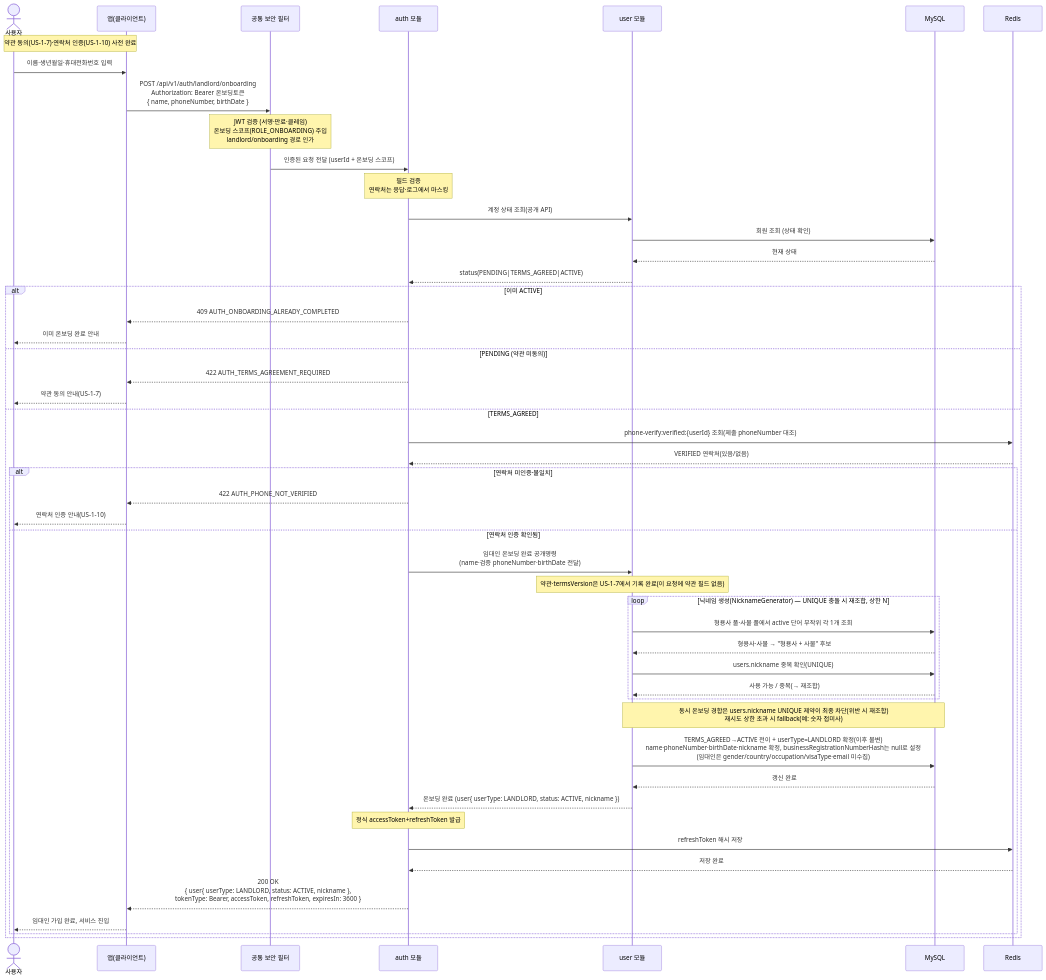
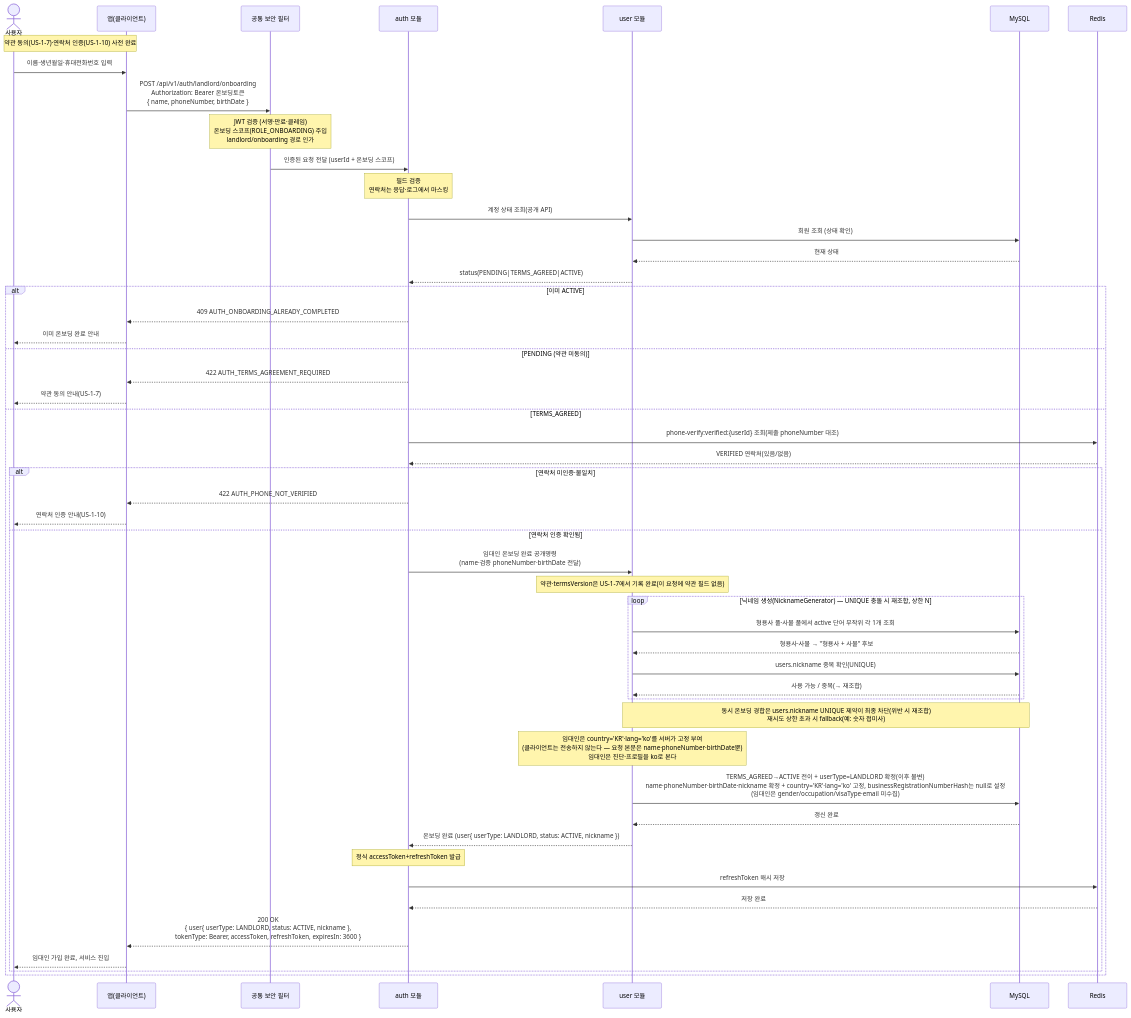
Before and after one commit to jameskim9509/Kohere-backend: the diagram in docs/architecture/sequence-diagrams/01-auth-onboarding/us-1-9-landlord-onboarding.md, drawn with Mermaid. The commit also changed other lines of this file and 27 other files, not shown here.

First line of the commit message:
docs(user): 표시 언어를 사용자 선택(users.lang) 기준으로 개정

````diff
--- a/docs/architecture/sequence-diagrams/01-auth-onboarding/us-1-9-landlord-onboarding.md
+++ b/docs/architecture/sequence-diagrams/01-auth-onboarding/us-1-9-landlord-onboarding.md
@@ -7,53 +7,54 @@
 ```mermaid
 sequenceDiagram
     actor U as 사용자
     participant C as 앱(클라이언트)
     participant SEC as 공통 보안 필터
     participant AUTH as auth 모듈
     participant USER as user 모듈
     participant SQL as MySQL
     participant RDS as Redis
 
     Note over U,C: 약관 동의(US-1-7)·연락처 인증(US-1-10) 사전 완료
     U->>C: 이름·생년월일·휴대전화번호 입력
     C->>SEC: POST /api/v1/auth/landlord/onboarding<br/>Authorization: Bearer 온보딩토큰<br/>{ name, phoneNumber, birthDate }
     Note over SEC: JWT 검증 (서명·만료·클레임)<br/>온보딩 스코프(ROLE_ONBOARDING) 주입<br/>landlord/onboarding 경로 인가
     SEC->>AUTH: 인증된 요청 전달 (userId + 온보딩 스코프)
     Note over AUTH: 필드 검증<br/>연락처는 응답·로그에서 마스킹
     AUTH->>USER: 계정 상태 조회(공개 API)
     USER->>SQL: 회원 조회 (상태 확인)
     SQL-->>USER: 현재 상태
     USER-->>AUTH: status(PENDING|TERMS_AGREED|ACTIVE)
     alt 이미 ACTIVE
         AUTH-->>C: 409 AUTH_ONBOARDING_ALREADY_COMPLETED
         C-->>U: 이미 온보딩 완료 안내
     else PENDING (약관 미동의)
         AUTH-->>C: 422 AUTH_TERMS_AGREEMENT_REQUIRED
         C-->>U: 약관 동의 안내(US-1-7)
     else TERMS_AGREED
         AUTH->>RDS: phone-verify:verified:{userId} 조회(제출 phoneNumber 대조)
         RDS-->>AUTH: VERIFIED 연락처(있음/없음)
         alt 연락처 미인증·불일치
             AUTH-->>C: 422 AUTH_PHONE_NOT_VERIFIED
             C-->>U: 연락처 인증 안내(US-1-10)
         else 연락처 인증 확인됨
             AUTH->>USER: 임대인 온보딩 완료 공개명령<br/>(name·검증 phoneNumber·birthDate 전달)
             Note over USER: 약관·termsVersion은 US-1-7에서 기록 완료(이 요청에 약관 필드 없음)
             loop 닉네임 생성(NicknameGenerator) — UNIQUE 충돌 시 재조합, 상한 N
                 USER->>SQL: 형용사 풀·사물 풀에서 active 단어 무작위 각 1개 조회
                 SQL-->>USER: 형용사·사물 → "형용사 + 사물" 후보
                 USER->>SQL: users.nickname 중복 확인(UNIQUE)
                 SQL-->>USER: 사용 가능 / 중복(→ 재조합)
             end
             Note over USER,SQL: 동시 온보딩 경합은 users.nickname UNIQUE 제약이 최종 차단(위반 시 재조합)<br/>재시도 상한 초과 시 fallback(예: 숫자 접미사)
-            USER->>SQL: TERMS_AGREED→ACTIVE 전이 + userType=LANDLORD 확정(이후 불변)<br/>name·phoneNumber·birthDate·nickname 확정, businessRegistrationNumberHash는 null로 설정<br/>(임대인은 gender/country/occupation/visaType·email 미수집)
+            Note over USER: 임대인은 country='KR'·lang='ko'를 서버가 고정 부여<br/>(클라이언트는 전송하지 않는다 — 요청 본문은 name·phoneNumber·birthDate뿐)<br/>임대인은 진단·프로필을 ko로 본다
+            USER->>SQL: TERMS_AGREED→ACTIVE 전이 + userType=LANDLORD 확정(이후 불변)<br/>name·phoneNumber·birthDate·nickname 확정 + country='KR'·lang='ko' 고정, businessRegistrationNumberHash는 null로 설정<br/>(임대인은 gender/occupation/visaType·email 미수집)
             SQL-->>USER: 갱신 완료
             USER-->>AUTH: 온보딩 완료 (user{ userType: LANDLORD, status: ACTIVE, nickname })
             Note over AUTH: 정식 accessToken+refreshToken 발급
             AUTH->>RDS: refreshToken 해시 저장
             RDS-->>AUTH: 저장 완료
             AUTH-->>C: 200 OK<br/>{ user{ userType: LANDLORD, status: ACTIVE, nickname },<br/>tokenType: Bearer, accessToken, refreshToken, expiresIn: 3600 }
             C-->>U: 임대인 가입 완료, 서비스 진입
         end
     end
 ```
````
